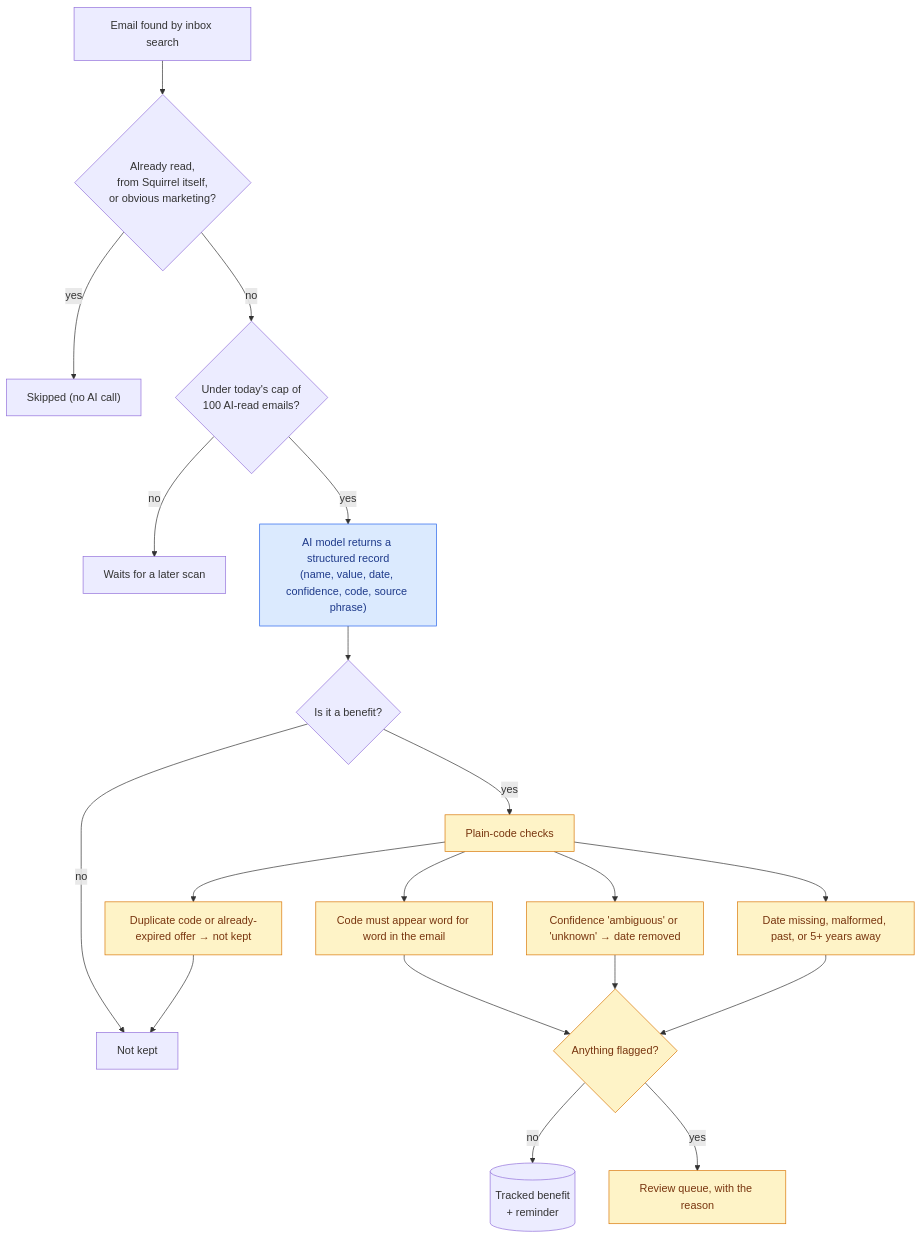
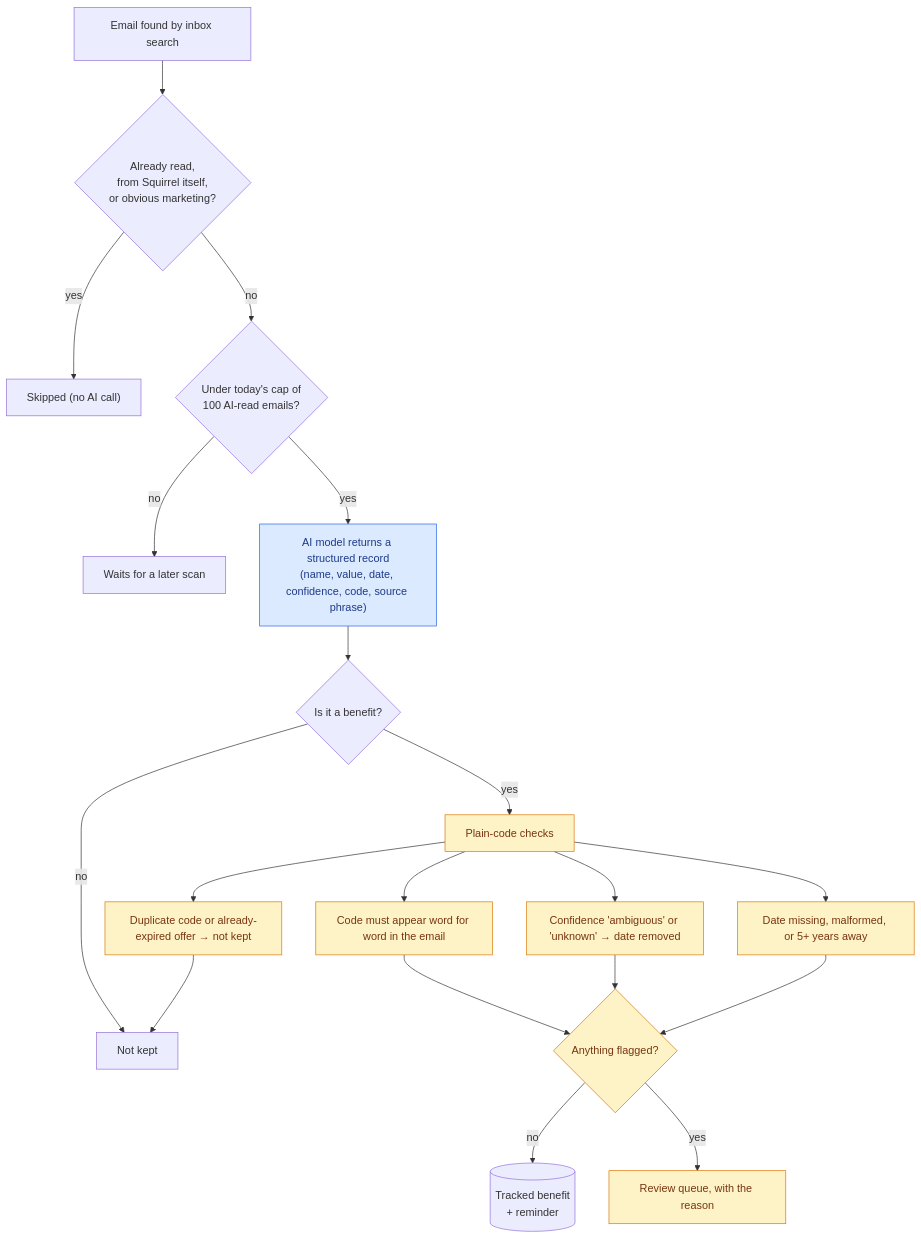
Before and after one commit to haid1lau/squirrel: the second of 3 diagrams in README.md, drawn with Mermaid. The commit also changed other lines of this file and 1 other file, not shown here.

````diff
--- a/README.md
+++ b/README.md
@@ -123,24 +123,24 @@
 ```mermaid
 flowchart TD
     A["Email found by inbox search"] --> B{"Already read,<br/>from Squirrel itself,<br/>or obvious marketing?"}
     B -- yes --> X["Skipped (no AI call)"]
     B -- no --> C{"Under today's cap of<br/>100 AI-read emails?"}
     C -- no --> Y["Waits for a later scan"]
     C -- yes --> D["AI model returns a structured record<br/>(name, value, date, confidence, code, source phrase)"]
     D --> E{"Is it a benefit?"}
     E -- no --> X2["Not kept"]
     E -- yes --> F["Plain-code checks"]
     F --> F1["Code must appear word for word in the email"]
     F --> F2["Confidence 'ambiguous' or 'unknown' → date removed"]
-    F --> F3["Date missing, malformed, past, or 5+ years away"]
+    F --> F3["Date missing, malformed, or 5+ years away"]
     F --> F4["Duplicate code or already-expired offer → not kept"]
     F4 --> X2
     F1 & F2 & F3 --> G{"Anything flagged?"}
     G -- no --> H[("Tracked benefit<br/>+ reminder")]
     G -- yes --> R["Review queue, with the reason"]
 
     classDef ai fill:#dbeafe,stroke:#2563eb,color:#1e3a8a
     classDef check fill:#fef3c7,stroke:#d97706,color:#78350f
     class D ai
     class F,F1,F2,F3,F4,G,R check
 ```
````
